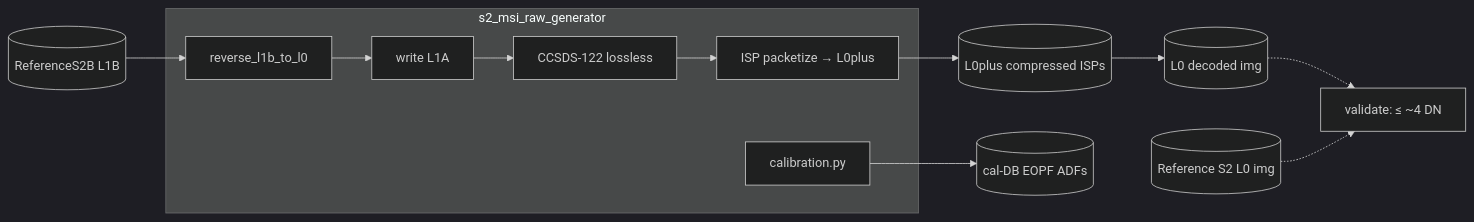
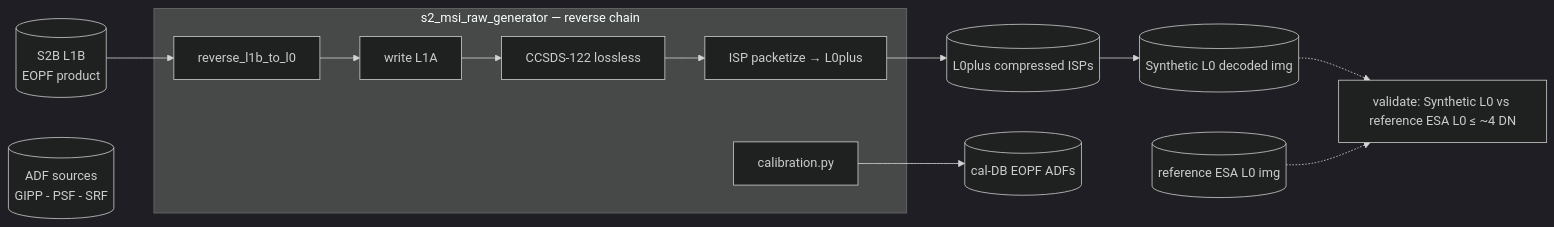
The diagram in docs/projects/s2-msi-raw-generator.md (AstroCan17/AstroCan17), drawn with Mermaid (dark theme) before and after one commit. The commit also changed other lines of this file and 6 other files, not shown here.

First line of the commit message:
Sync portfolio terminology with s2-msi-raw-generator repo naming.

````diff
--- a/docs/projects/s2-msi-raw-generator.md
+++ b/docs/projects/s2-msi-raw-generator.md
@@ -25,21 +27,22 @@
 ```mermaid
 flowchart LR
-    IN[("ReferenceS2B L1B")]
-    subgraph GEN["s2_msi_raw_generator"]
+    IN[("S2B L1B<br/>EOPF product")]
+    ADFsrc[("ADF sources<br/>GIPP - PSF - SRF")]
+    subgraph GEN["s2_msi_raw_generator — reverse chain"]
         REV["reverse_l1b_to_l0"]
         L1A["write L1A"]
         C122["CCSDS-122 lossless"]
         PKT["ISP packetize → L0plus"]
         CAL["calibration.py"]
     end
     L0plus[("L0plus compressed ISPs")]
-    L0[("L0 decoded img")]
-    REALL0[("Reference S2 L0 img")]
+    L0[("Synthetic L0 decoded img")]
+    REFL0[("reference ESA L0 img")]
     CALDB[("cal-DB EOPF ADFs")]
-    VAL["validate: ≤ ~4 DN"]
+    VAL["validate: Synthetic L0 vs reference ESA L0 ≤ ~4 DN"]
     IN --> REV --> L1A --> C122 --> PKT
     PKT --> L0plus --> L0
     CAL --> CALDB
     L0 -.-> VAL
-    REALL0 -.-> VAL
+    REFL0 -.-> VAL
 ```
````
